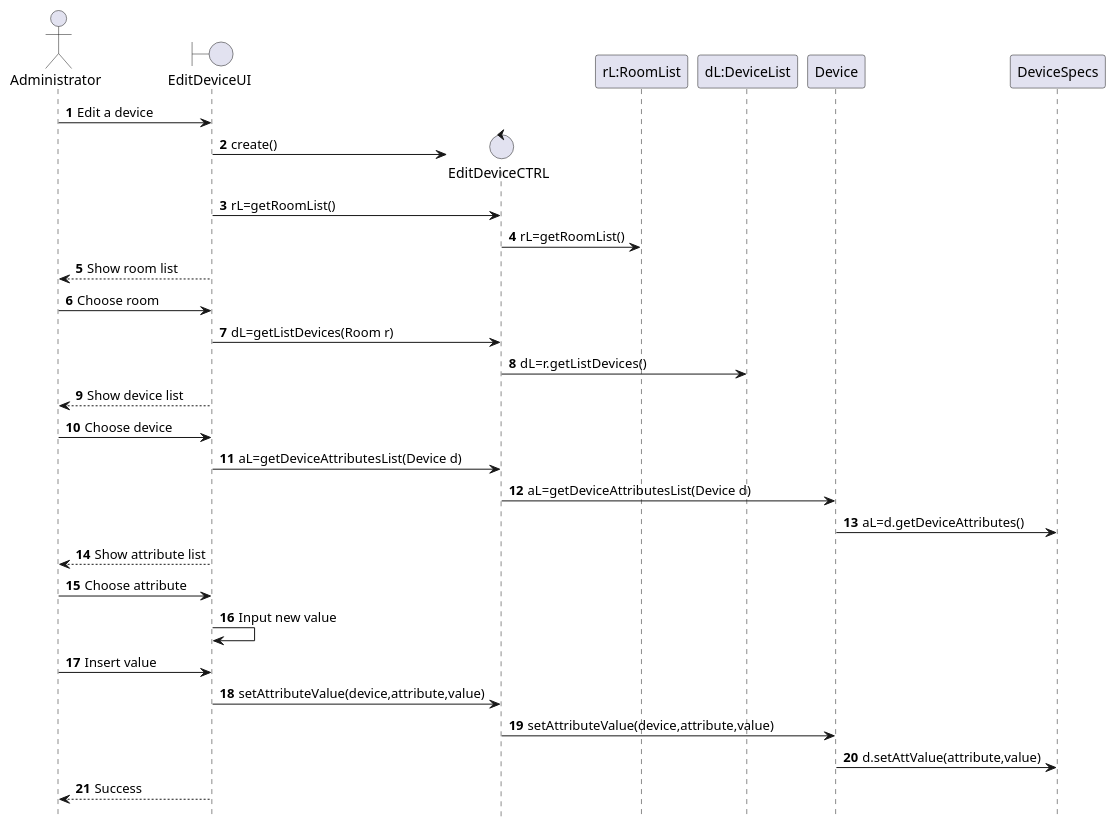
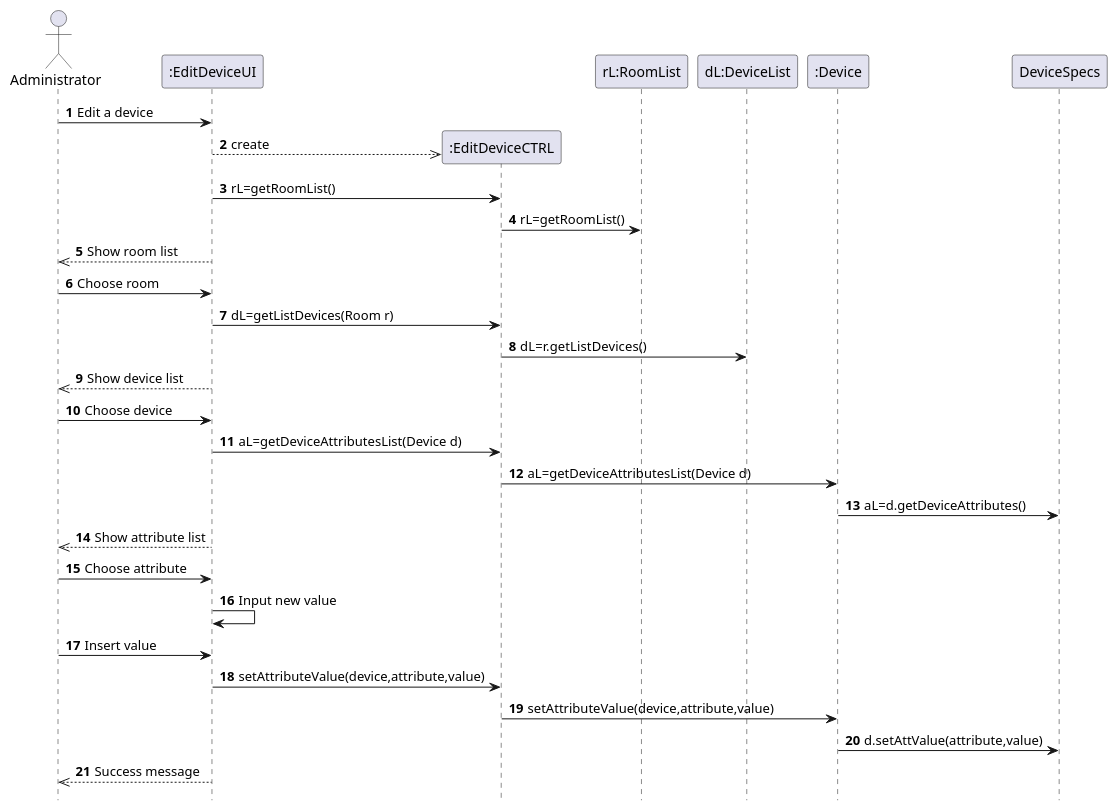
The diagram in src/main/java/smarthome/uml/sequencediagrams/EditDevice.puml (emanuel-pereira/hou), drawn with PlantUML before and after one commit.

Commit message:
Correction of EditDevice Sequence Diagram

```diff
--- a/src/main/java/smarthome/uml/sequencediagrams/EditDevice.puml
+++ b/src/main/java/smarthome/uml/sequencediagrams/EditDevice.puml
@@ -1,30 +1,38 @@
 @startuml
 autonumber
 hidefootbox
 actor Administrator
-boundary EditDeviceUI
-control EditDeviceCTRL
 
-Administrator -> EditDeviceUI: Edit a device
-create EditDeviceCTRL
-EditDeviceUI -> EditDeviceCTRL: create()
-EditDeviceUI -> EditDeviceCTRL: rL=getRoomList()
-EditDeviceCTRL -> "rL:RoomList": rL=getRoomList()
-Administrator <-- EditDeviceUI: Show room list
-Administrator -> EditDeviceUI: Choose room
-EditDeviceUI -> EditDeviceCTRL: dL=getListDevices(Room r)
-EditDeviceCTRL -> "dL:DeviceList": dL=r.getListDevices()
-Administrator <-- EditDeviceUI: Show device list
-Administrator -> EditDeviceUI: Choose device
-EditDeviceUI -> EditDeviceCTRL: aL=getDeviceAttributesList(Device d)
-EditDeviceCTRL -> Device: aL=getDeviceAttributesList(Device d)
-Device -> DeviceSpecs: aL=d.getDeviceAttributes()
-Administrator <-- EditDeviceUI: Show attribute list
-Administrator -> EditDeviceUI: Choose attribute
-EditDeviceUI ->EditDeviceUI: Input new value
-Administrator -> EditDeviceUI: Insert value
-EditDeviceUI -> EditDeviceCTRL: setAttributeValue(device,attribute,value)
-EditDeviceCTRL -> Device: setAttributeValue(device,attribute,value)
-Device -> DeviceSpecs: d.setAttValue(attribute,value)
-Administrator <-- EditDeviceUI: Success
+
+Administrator -> ":EditDeviceUI": Edit a device
+create ":EditDeviceCTRL"
+
+":EditDeviceUI" -->> ":EditDeviceCTRL": create
+
+":EditDeviceUI" -> ":EditDeviceCTRL": rL=getRoomList()
+":EditDeviceCTRL" -> "rL:RoomList": rL=getRoomList()
+
+Administrator <<-- ":EditDeviceUI": Show room list
+Administrator -> ":EditDeviceUI": Choose room
+
+":EditDeviceUI" -> ":EditDeviceCTRL": dL=getListDevices(Room r)
+":EditDeviceCTRL" -> "dL:DeviceList": dL=r.getListDevices()
+
+Administrator <<-- ":EditDeviceUI": Show device list
+Administrator -> ":EditDeviceUI": Choose device
+
+":EditDeviceUI" -> ":EditDeviceCTRL": aL=getDeviceAttributesList(Device d)
+":EditDeviceCTRL" -> ":Device": aL=getDeviceAttributesList(Device d)
+":Device" -> DeviceSpecs: aL=d.getDeviceAttributes()
+
+Administrator <<-- ":EditDeviceUI": Show attribute list
+Administrator -> ":EditDeviceUI": Choose attribute
+":EditDeviceUI" -> ":EditDeviceUI": Input new value
+Administrator -> ":EditDeviceUI": Insert value
+
+":EditDeviceUI" -> ":EditDeviceCTRL": setAttributeValue(device,attribute,value)
+":EditDeviceCTRL" -> ":Device": setAttributeValue(device,attribute,value)
+":Device" -> DeviceSpecs: d.setAttValue(attribute,value)
+
+Administrator <<-- ":EditDeviceUI": Success message
 @enduml
```
